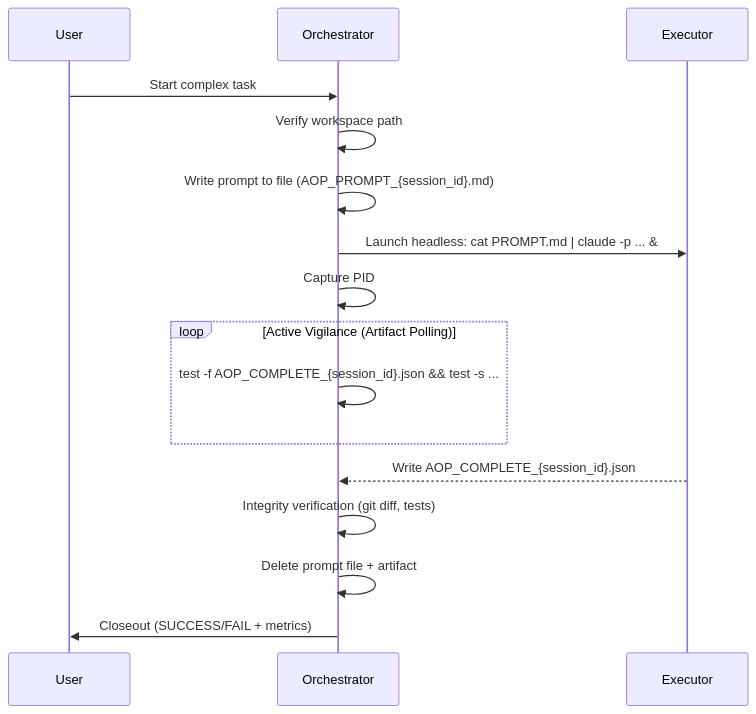
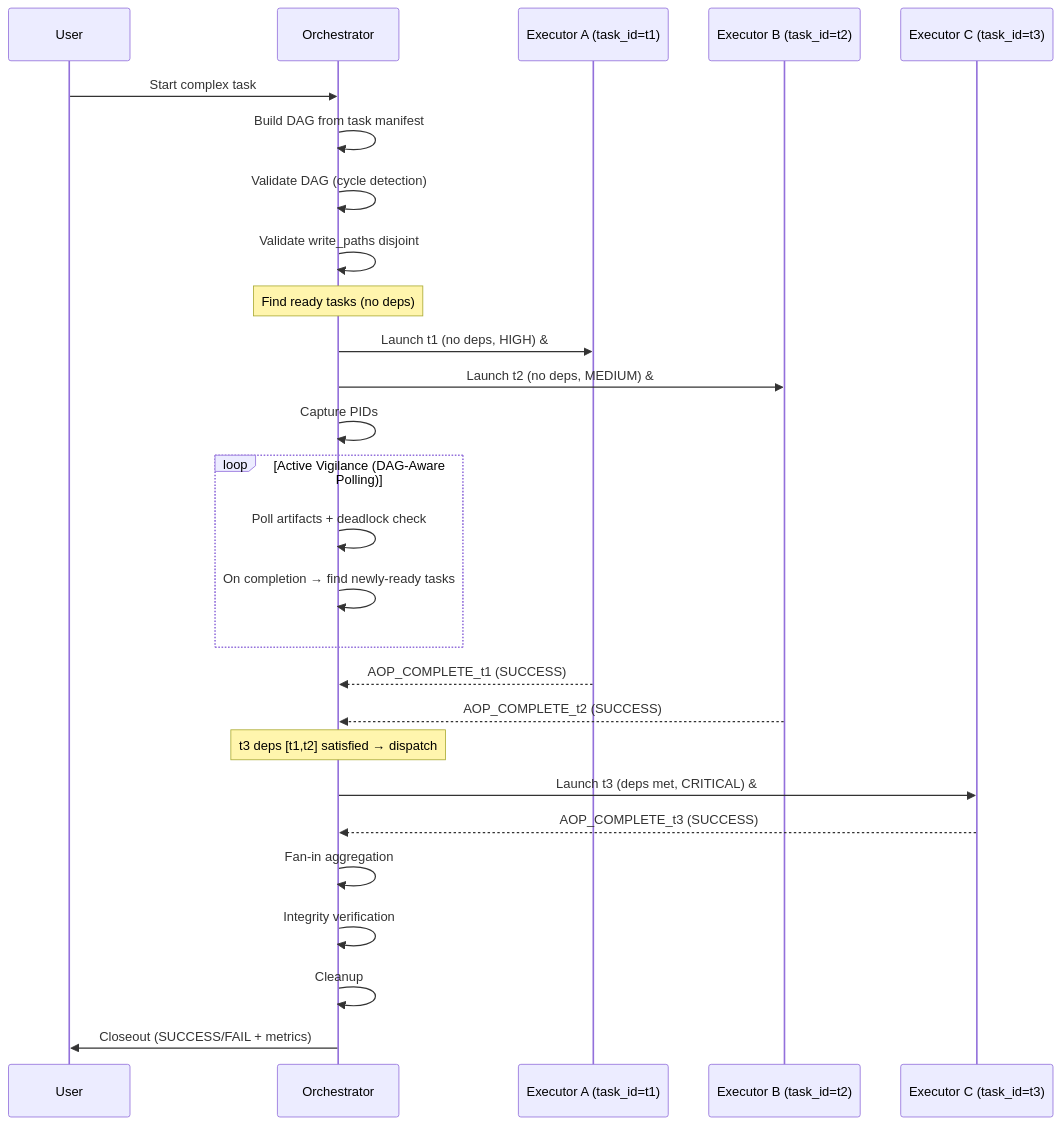
The diagram in agent-orchestration-protocol/SKILL.md (mrjimmyny/claude-intelligence-hub), drawn with Mermaid before and after one commit. The commit also changed other lines of this file and 25 other files, not shown here.

````diff
--- a/agent-orchestration-protocol/SKILL.md
+++ b/agent-orchestration-protocol/SKILL.md
@@ -36,19 +36,30 @@
 ```mermaid
 sequenceDiagram
     participant User
     participant Orchestrator
-    participant Executor
+    participant ExecA as Executor A (task_id=t1)
+    participant ExecB as Executor B (task_id=t2)
+    participant ExecC as Executor C (task_id=t3)
 
     User->>Orchestrator: Start complex task
-    Orchestrator->>Orchestrator: Verify workspace path
-    Orchestrator->>Orchestrator: Write prompt to file (AOP_PROMPT_{session_id}.md)
-    Orchestrator->>Executor: Launch headless: cat PROMPT.md | claude -p ... &
-    Orchestrator->>Orchestrator: Capture PID
-    loop Active Vigilance (Artifact Polling)
-        Orchestrator->>Orchestrator: test -f AOP_COMPLETE_{session_id}.json && test -s ...
+    Orchestrator->>Orchestrator: Build DAG from task manifest
+    Orchestrator->>Orchestrator: Validate DAG (cycle detection)
+    Orchestrator->>Orchestrator: Validate write_paths disjoint
+    Note over Orchestrator: Find ready tasks (no deps)
+    Orchestrator->>ExecA: Launch t1 (no deps, HIGH) &
+    Orchestrator->>ExecB: Launch t2 (no deps, MEDIUM) &
+    Orchestrator->>Orchestrator: Capture PIDs
+    loop Active Vigilance (DAG-Aware Polling)
+        Orchestrator->>Orchestrator: Poll artifacts + deadlock check
+        Orchestrator->>Orchestrator: On completion → find newly-ready tasks
     end
-    Executor-->>Orchestrator: Write AOP_COMPLETE_{session_id}.json
-    Orchestrator->>Orchestrator: Integrity verification (git diff, tests)
-    Orchestrator->>Orchestrator: Delete prompt file + artifact
+    ExecA-->>Orchestrator: AOP_COMPLETE_t1 (SUCCESS)
+    ExecB-->>Orchestrator: AOP_COMPLETE_t2 (SUCCESS)
+    Note over Orchestrator: t3 deps [t1,t2] satisfied → dispatch
+    Orchestrator->>ExecC: Launch t3 (deps met, CRITICAL) &
+    ExecC-->>Orchestrator: AOP_COMPLETE_t3 (SUCCESS)
+    Orchestrator->>Orchestrator: Fan-in aggregation
+    Orchestrator->>Orchestrator: Integrity verification
+    Orchestrator->>Orchestrator: Cleanup
     Orchestrator->>User: Closeout (SUCCESS/FAIL + metrics)
 ```
````
